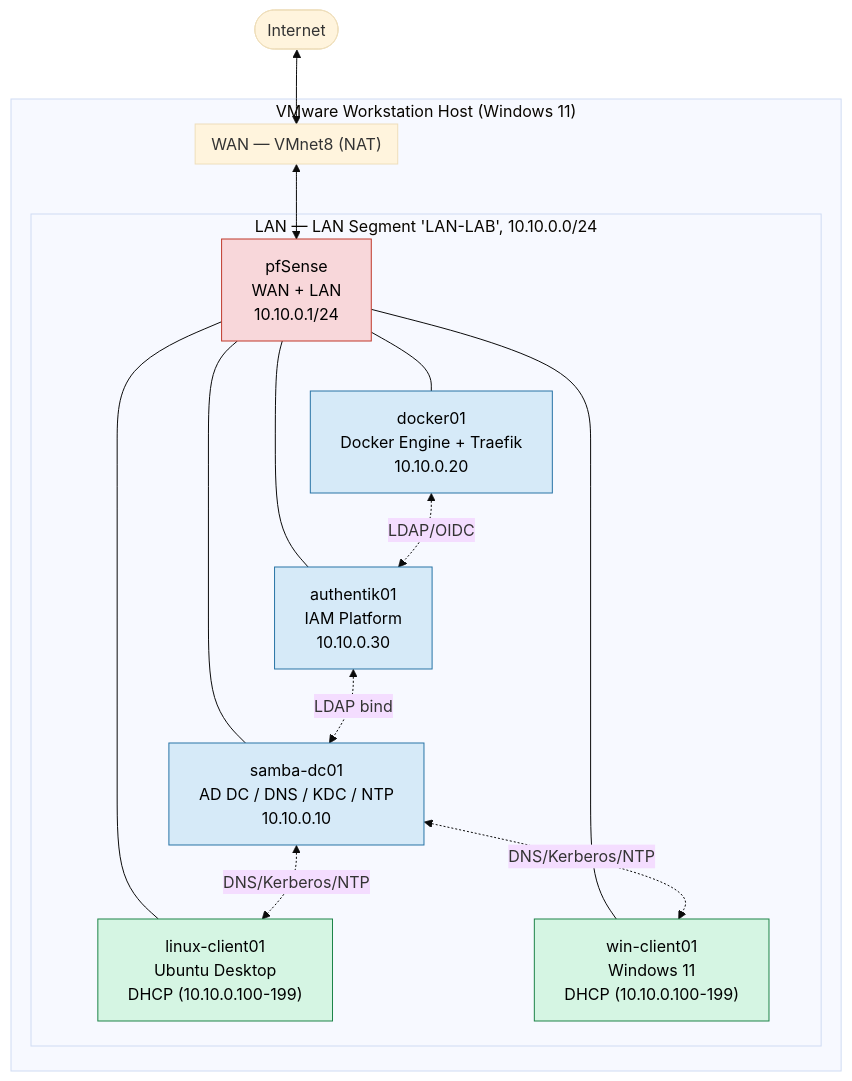
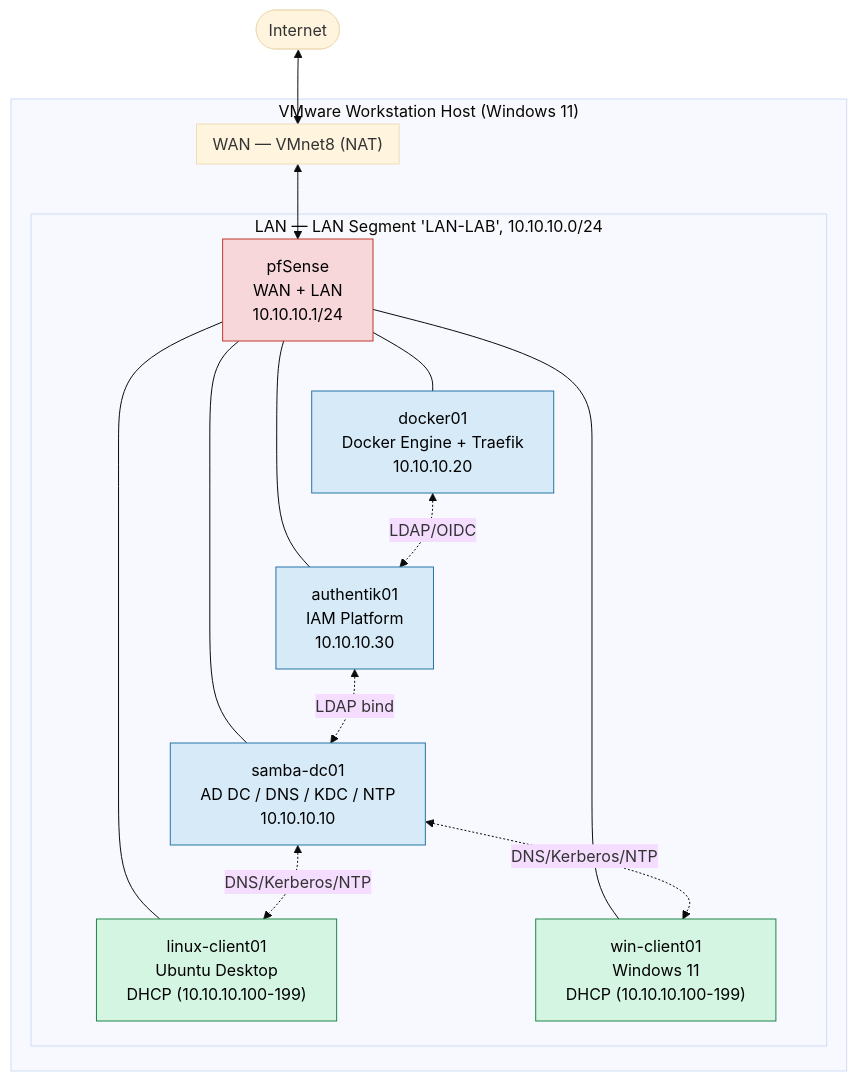
Before and after one commit to LibreOpsLab/lab-small-business: the diagram in diagrams/network-topology.md, drawn with Mermaid (base theme). The commit also changed other lines of this file and 48 other files, not shown here.

````diff
--- a/diagrams/network-topology.md
+++ b/diagrams/network-topology.md
@@ -8,38 +8,38 @@
 ```mermaid
 flowchart TB
     INTERNET(["Internet"])
 
     subgraph HOST["VMware Workstation Host (Windows 11)"]
         subgraph WAN_SEG["WAN — VMnet8 (NAT)"]
         end
 
-        subgraph LAN_SEG["LAN — LAN Segment 'LAN-LAB', 10.10.0.0/24"]
-            PFSENSE["pfSense\nWAN + LAN\n10.10.0.1/24"]
-            DC["samba-dc01\nAD DC / DNS / KDC / NTP\n10.10.0.10"]
-            DOCKER["docker01\nDocker Engine + Traefik\n10.10.0.20"]
-            AUTHENTIK["authentik01\nIAM Platform\n10.10.0.30"]
-            LINUXCLIENT["linux-client01\nUbuntu Desktop\nDHCP (10.10.0.100-199)"]
-            WINCLIENT["win-client01\nWindows 11\nDHCP (10.10.0.100-199)"]
+        subgraph LAN_SEG["LAN — LAN Segment 'LAN-LAB', 10.10.10.0/24"]
+            PFSENSE["pfSense\nWAN + LAN\n10.10.10.1/24"]
+            DC["samba-dc01\nAD DC / DNS / KDC / NTP\n10.10.10.10"]
+            DOCKER["docker01\nDocker Engine + Traefik\n10.10.10.20"]
+            AUTHENTIK["authentik01\nIAM Platform\n10.10.10.30"]
+            LINUXCLIENT["linux-client01\nUbuntu Desktop\nDHCP (10.10.10.100-199)"]
+            WINCLIENT["win-client01\nWindows 11\nDHCP (10.10.10.100-199)"]
         end
     end
 
     INTERNET <--> WAN_SEG
     WAN_SEG <--> PFSENSE
     PFSENSE --- DC
     PFSENSE --- DOCKER
     PFSENSE --- AUTHENTIK
     PFSENSE --- LINUXCLIENT
     PFSENSE --- WINCLIENT
 
     DC <-. DNS/Kerberos/NTP .-> LINUXCLIENT
     DC <-. DNS/Kerberos/NTP .-> WINCLIENT
     DOCKER <-. LDAP/OIDC .-> AUTHENTIK
     AUTHENTIK <-. LDAP bind .-> DC
 
     classDef fw fill:#f8d7da,stroke:#c0392b,color:#000
     classDef infra fill:#d6eaf8,stroke:#2874a6,color:#000
     classDef client fill:#d5f5e3,stroke:#1e8449,color:#000
     class PFSENSE fw
     class DC,DOCKER,AUTHENTIK infra
     class LINUXCLIENT,WINCLIENT client
 ```
````
